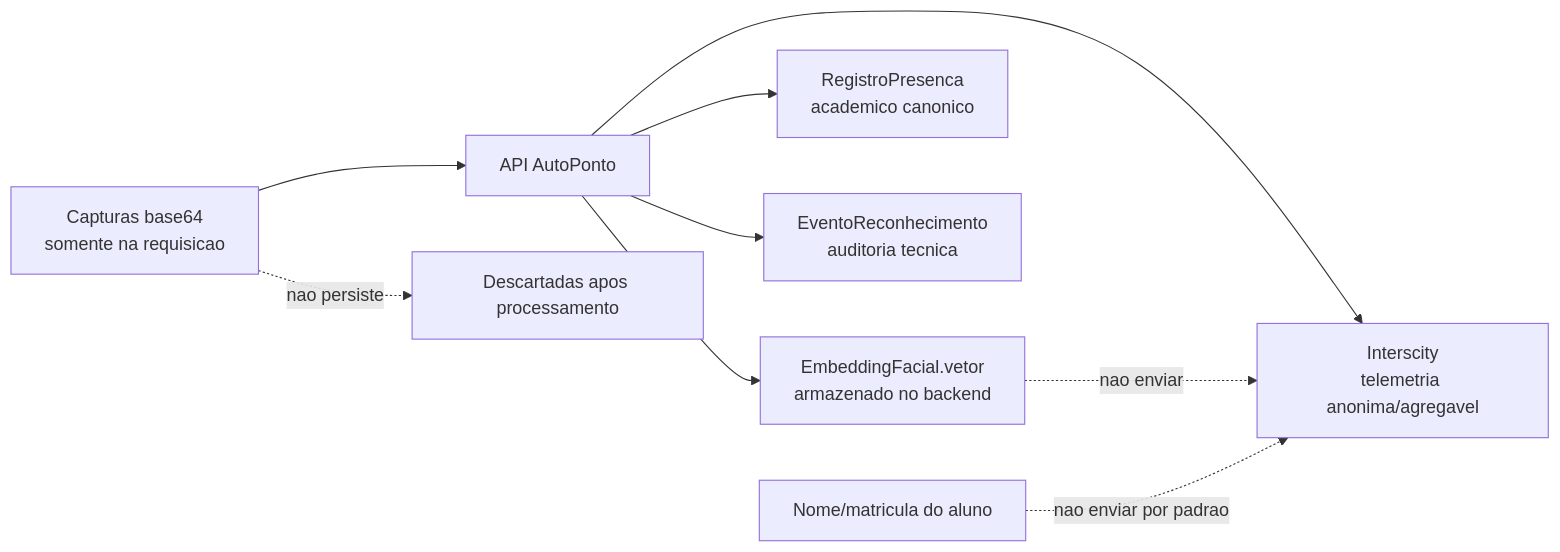
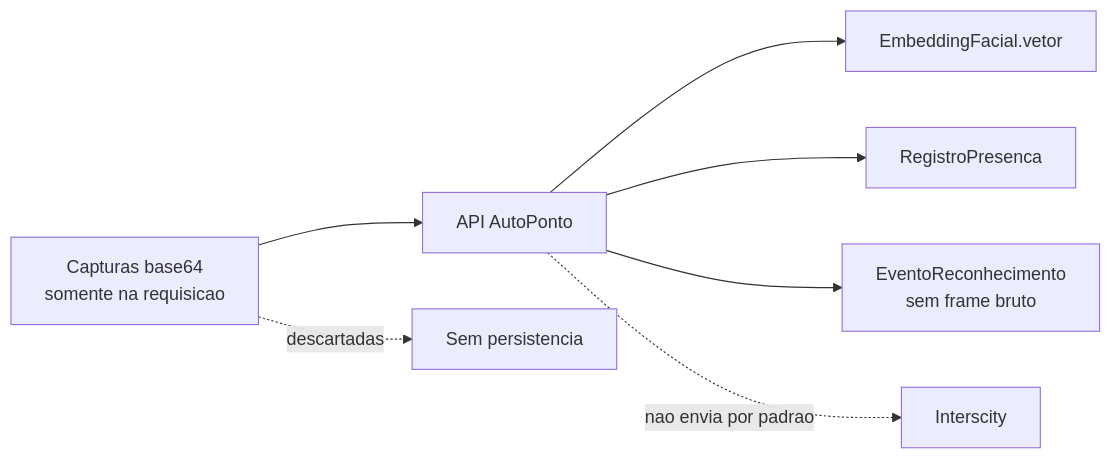
Diagram 12 of 12 in autoponto-backend/docs/diagramas-tcc.md (DanielKGM/autoponto), drawn with Mermaid before and after one commit. The commit also changed other lines of this file and 46 other files, not shown here.

````diff
--- a/autoponto-backend/docs/diagramas-tcc.md
+++ b/autoponto-backend/docs/diagramas-tcc.md
@@ -345,12 +304,9 @@
 ```mermaid
 flowchart LR
     Capturas["Capturas base64\nsomente na requisicao"] --> API["API AutoPonto"]
-    API --> Vetor["EmbeddingFacial.vetor\narmazenado no backend"]
-    API --> Presenca["RegistroPresenca\nacademico canonico"]
-    API --> Evento["EventoReconhecimento\nauditoria tecnica"]
-    API --> Interscity["Interscity\ntelemetria anonima/agregavel"]
-
-    Capturas -. "nao persiste" .-> Descarte["Descartadas apos processamento"]
-    Vetor -. "nao enviar" .-> Interscity
-    NomeAluno["Nome/matricula do aluno"] -. "nao enviar por padrao" .-> Interscity
+    API --> Vetor["EmbeddingFacial.vetor"]
+    API --> Presenca["RegistroPresenca"]
+    API --> Evento["EventoReconhecimento\nsem frame bruto"]
+    API -. "nao envia por padrao" .-> InterSCity["Interscity"]
+    Capturas -. "descartadas" .-> Descarte["Sem persistencia"]
 ```
````
